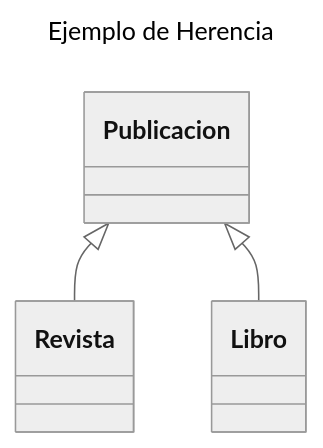
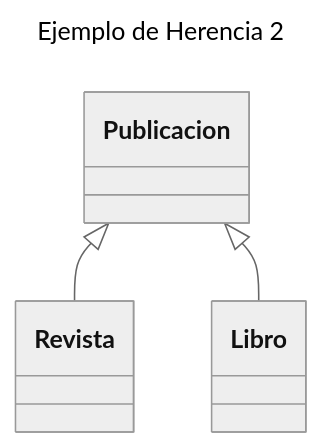
Before and after one commit to AED1286-POO-GD-AD24/GHUB.java.AD24.unidadII-practica-LourdesArmenta: the second of 4 diagrams in README.md, drawn with Mermaid (neutral theme). The commit also changed other lines of this file, not shown here.

Commit message:
diagramas de clase para representar herencia

````diff
--- a/README.md
+++ b/README.md
@@ -43,17 +43,17 @@
 ```mermaid
 ---
-title: Ejemplo de Herencia 
+title: Ejemplo de Herencia 2
 ---
 classDiagram
       class Publicacion {
         
     }
     class Revista {
        
     }
     class Libro {
        
     }
     Publicacion <|-- Revista
     Publicacion <|-- Libro
 ```
````
